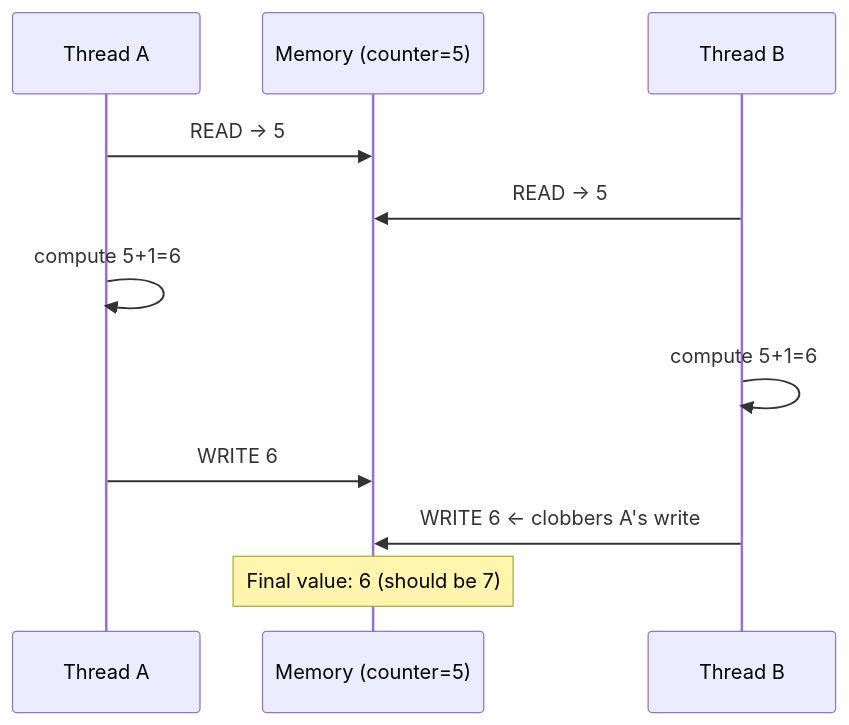
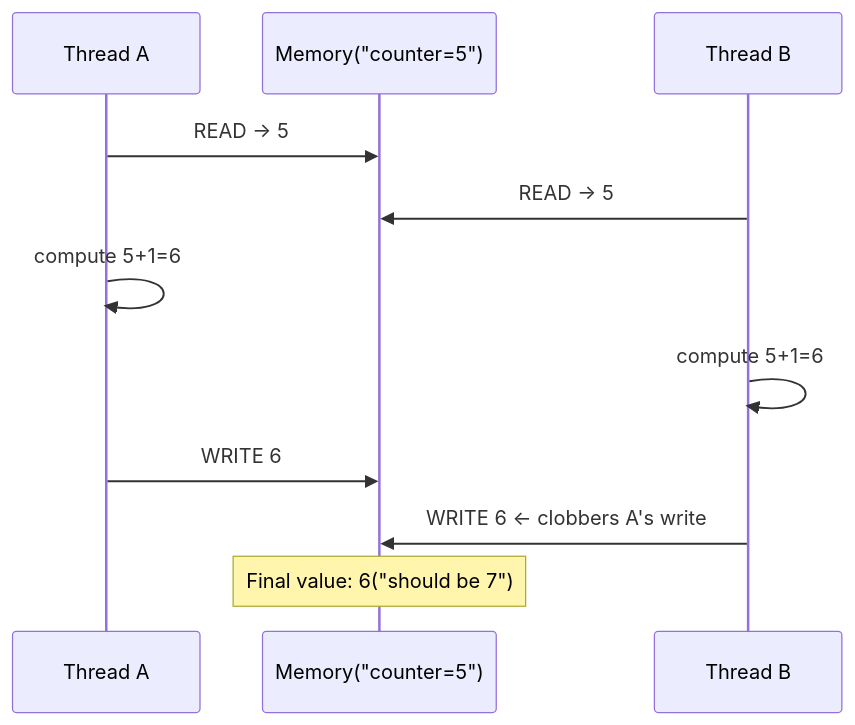
The diagram in content/questions/fundamentals/race-condition.md (pploc/swe-icon-the-moment), drawn with Mermaid before and after one commit. The commit also changed 167 other files, not shown here.

````diff
--- a/content/questions/fundamentals/race-condition.md
+++ b/content/questions/fundamentals/race-condition.md
@@ -30,13 +30,14 @@
 ```mermaid
 sequenceDiagram
     participant A as Thread A
-    participant M as Memory (counter=5)
+    participant M as Memory("counter=5")
     participant B as Thread B
     A->>M: READ → 5
     B->>M: READ → 5
     A->>A: compute 5+1=6
     B->>B: compute 5+1=6
     A->>M: WRITE 6
     B->>M: WRITE 6 ← clobbers A's write
-    Note over M: Final value: 6 (should be 7)
+    Note over M: Final value: 6("should be 7")
+
 ```
````
